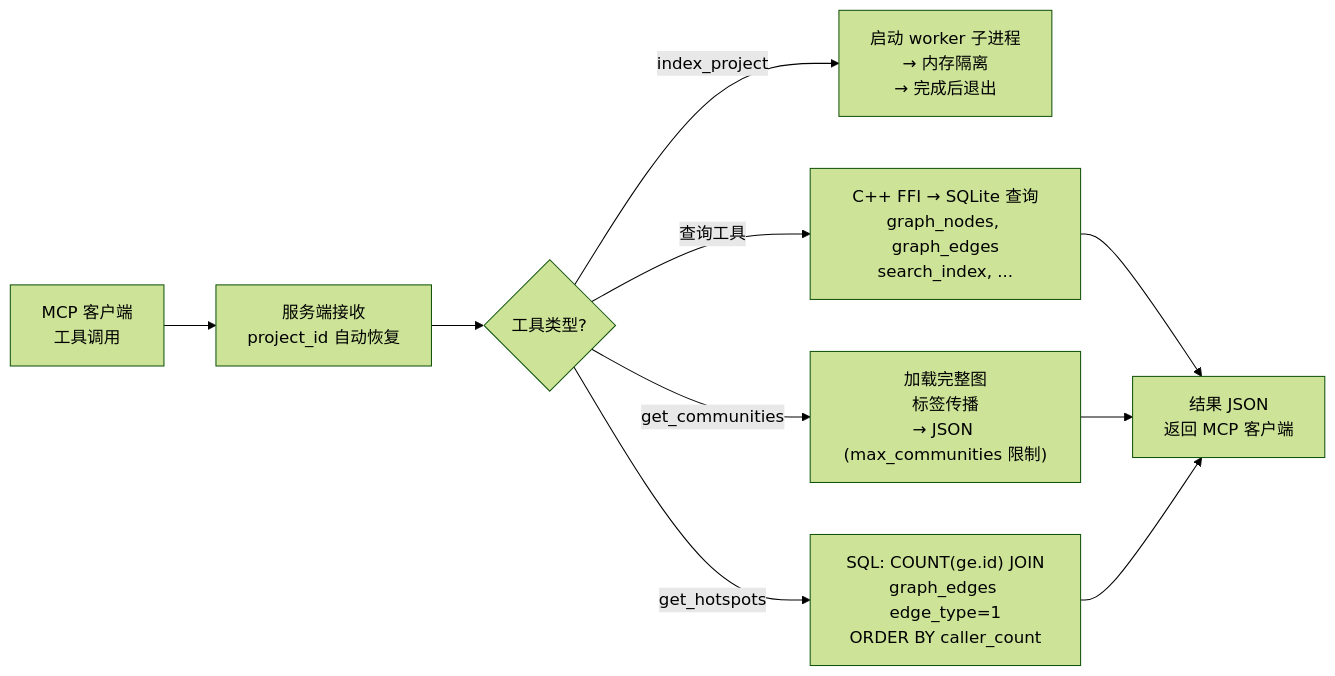
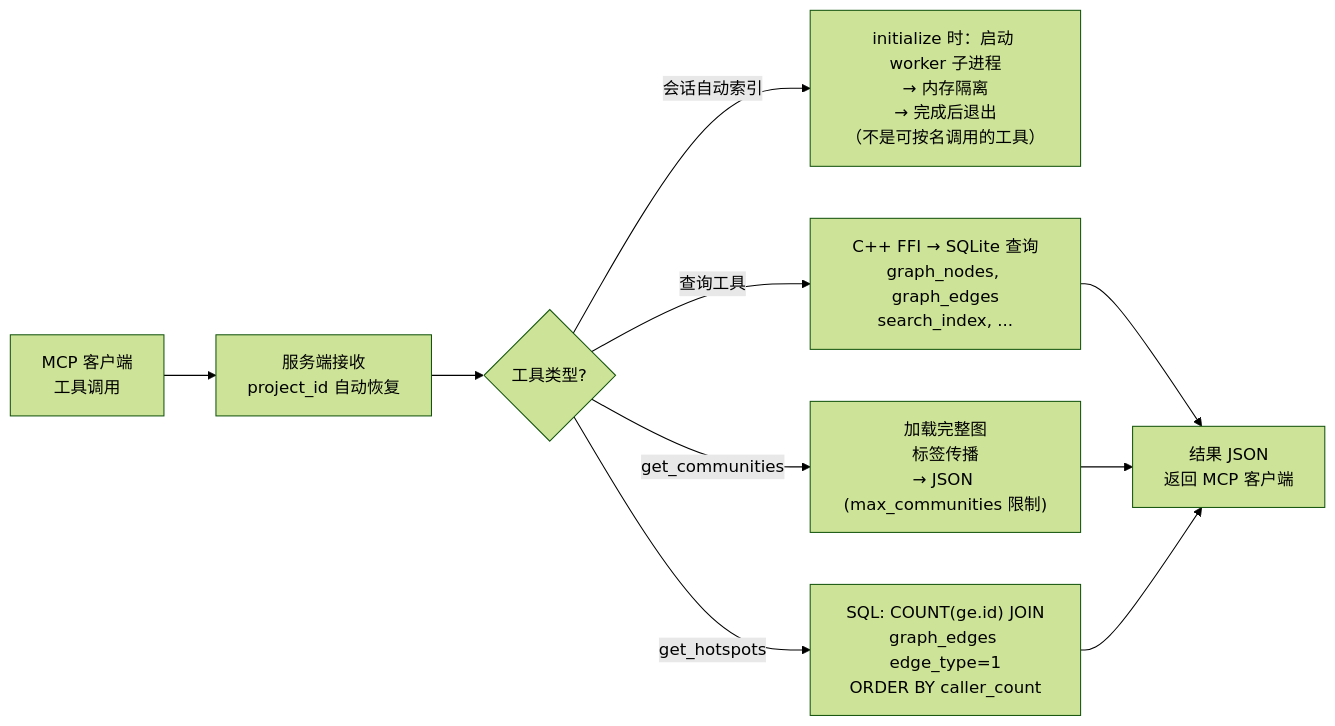
One commit to Timwood0x10/CodeScope changed the second of 3 diagrams in README.zh.md. Above: the diagram before and after it, drawn with Mermaid (forest theme). The commit also changed other lines of this file and 34 other files, not shown here.

````diff
--- a/README.zh.md
+++ b/README.zh.md
@@ -112,12 +120,12 @@
 ```mermaid
 flowchart LR
     Q["MCP 客户端<br/>工具调用"] --> Q1["服务端接收<br/>project_id 自动恢复"]
     Q1 --> Q2{"工具类型?"}
-    Q2 -->|"index_project"| Q3["启动 worker 子进程<br/>→ 内存隔离<br/>→ 完成后退出"]
+    Q2 -->|"会话自动索引"| Q3["initialize 时：启动 worker 子进程<br/>→ 内存隔离<br/>→ 完成后退出<br/>（不是可按名调用的工具）"]
     Q2 -->|"查询工具"| Q4["C++ FFI → SQLite 查询<br/>graph_nodes, graph_edges<br/>search_index, ..."]
     Q2 -->|"get_communities"| Q5["加载完整图<br/>标签传播<br/>→ JSON (max_communities 限制)"]
     Q2 -->|"get_hotspots"| Q6["SQL: COUNT(ge.id) JOIN<br/>graph_edges edge_type=1<br/>ORDER BY caller_count"]
     Q4 --> R["结果 JSON<br/>返回 MCP 客户端"]
     Q5 --> R
     Q6 --> R
 ```
````
